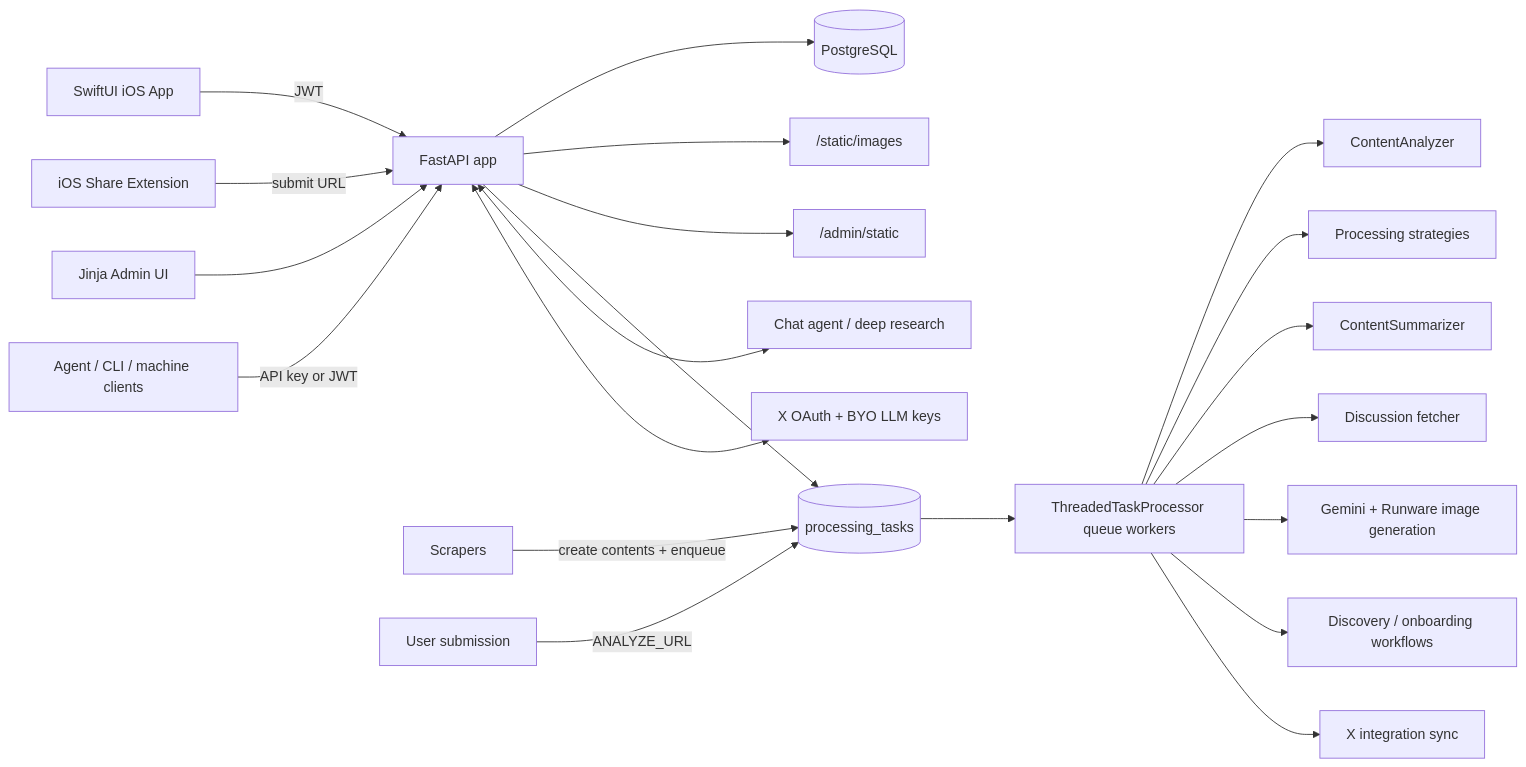
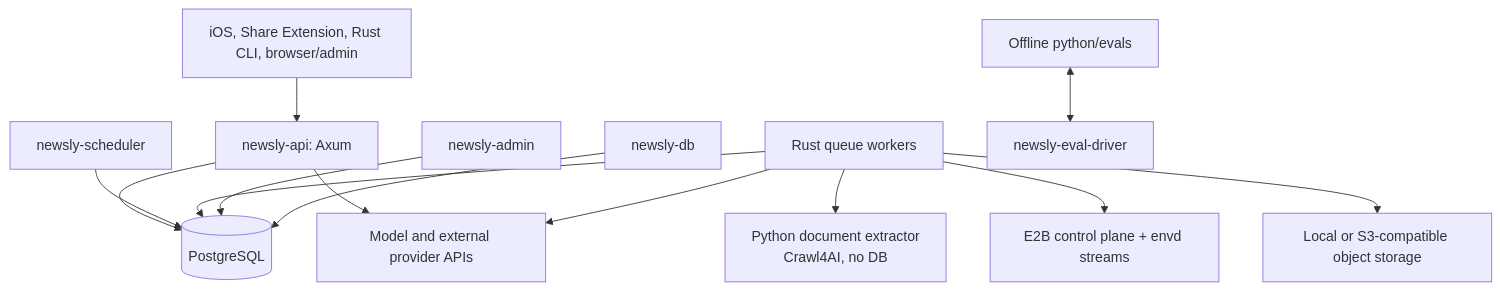
One commit to willemave/newsbuddy changed the first of 2 diagrams in docs/architecture.md. Above: the diagram before and after it, drawn with Mermaid. The commit also changed other lines of this file and 2123 other files, not shown here.

Commit message:
feat: replace backend and CLI with Rust

````diff
--- a/docs/architecture.md
+++ b/docs/architecture.md
@@ -47,26 +55,15 @@
 ```mermaid
-flowchart LR
-  iOS["SwiftUI iOS App"] -->|JWT| API["FastAPI app"]
-  Share["iOS Share Extension"] -->|submit URL| API
-  Admin["Jinja Admin UI"] --> API
-  Agent["Agent / CLI / machine clients"] -->|API key or JWT| API
-
-  API --> DB[(PostgreSQL)]
-  API --> GeneratedImages["/static/images"]
-  API --> AdminAssets["/admin/static"]
-  API --> Queue[(processing_tasks)]
-
-  Scrapers["Scrapers"] -->|create contents + enqueue| Queue
-  Submit["User submission"] -->|ANALYZE_URL| Queue
-  Queue --> Workers["ThreadedTaskProcessor queue workers"]
-  Workers --> Analyzer["ContentAnalyzer"]
-  Workers --> Strategies["Processing strategies"]
-  Workers --> Summarizer["ContentSummarizer"]
-  Workers --> Discussion["Discussion fetcher"]
-  Workers --> ImageGen["Gemini + Runware image generation"]
-  Workers --> Discovery["Discovery / onboarding workflows"]
-  Workers --> XSync["X integration sync"]
-
-  API <--> Chat["Chat agent / deep research"]
-  API <--> Integrations["X OAuth + BYO LLM keys"]
+flowchart TD
+  Clients["iOS, Share Extension, Rust CLI, browser/admin"] --> API["newsly-api: Axum"]
+  API --> PG[(PostgreSQL)]
+  Scheduler["newsly-scheduler"] --> PG
+  Workers["Rust queue workers"] --> PG
+  Admin["newsly-admin"] --> PG
+  DB["newsly-db"] --> PG
+  API --> Providers["Model and external provider APIs"]
+  Workers --> Providers
+  Workers --> Extractor["Python document extractor\nCrawl4AI, no DB"]
+  Workers --> E2B["E2B control plane + envd streams"]
+  Workers --> Storage["Local or S3-compatible object storage"]
+  Evals["Offline python/evals"] <--> EvalDriver["newsly-eval-driver"]
 ```
````
